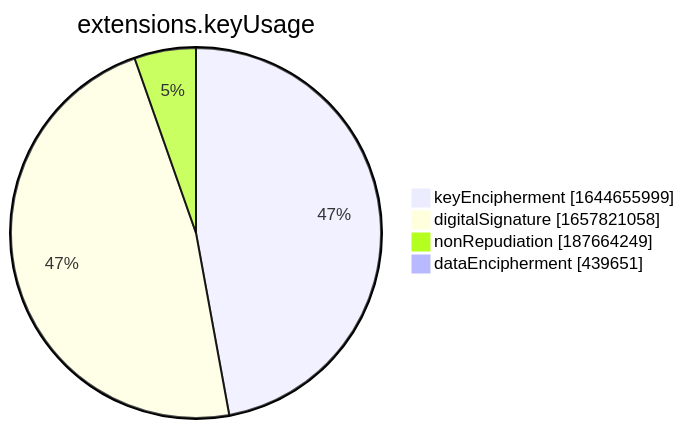
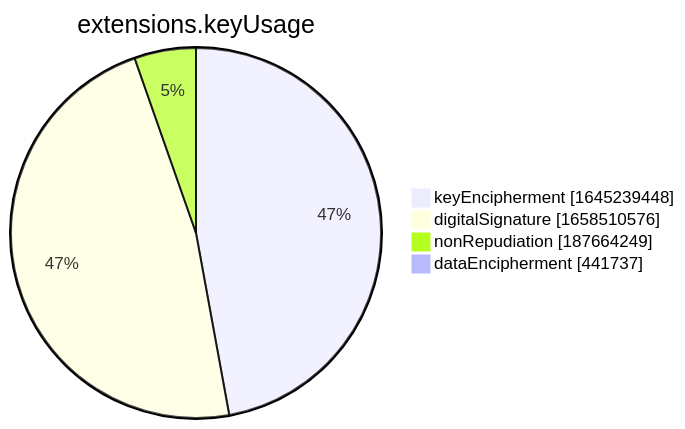
Before and after one commit to christiankrug/ctmonitor_visualization: the seventh of 15 diagrams in xenon2022/README.md, drawn with Mermaid. The commit also changed other lines of this file, not shown here.

````diff
--- a/xenon2022/README.md
+++ b/xenon2022/README.md
@@ -2856,8 +2856,8 @@
 ```mermaid
 pie showData
 title extensions.keyUsage
-"keyEncipherment" :1644655999
-"digitalSignature" :1657821058
+"keyEncipherment" :1645239448
+"digitalSignature" :1658510576
 "nonRepudiation" :187664249
-"dataEncipherment" :439651
+"dataEncipherment" :441737
 ```
````
